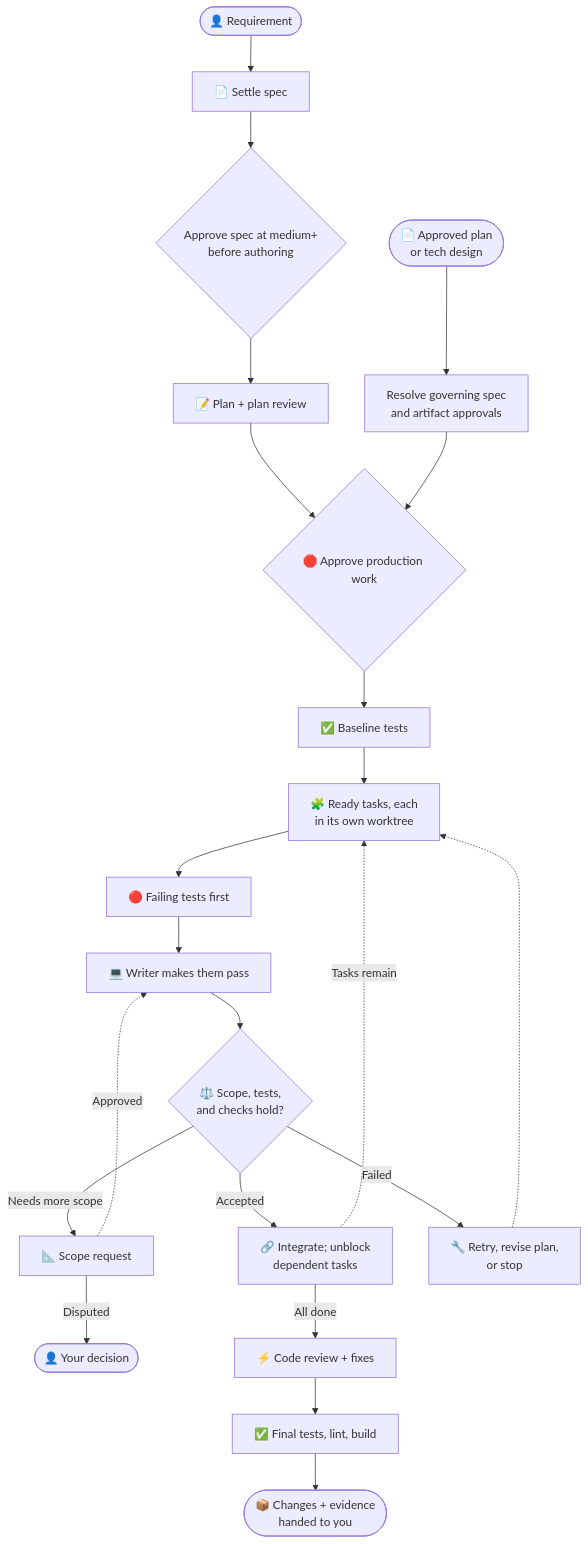
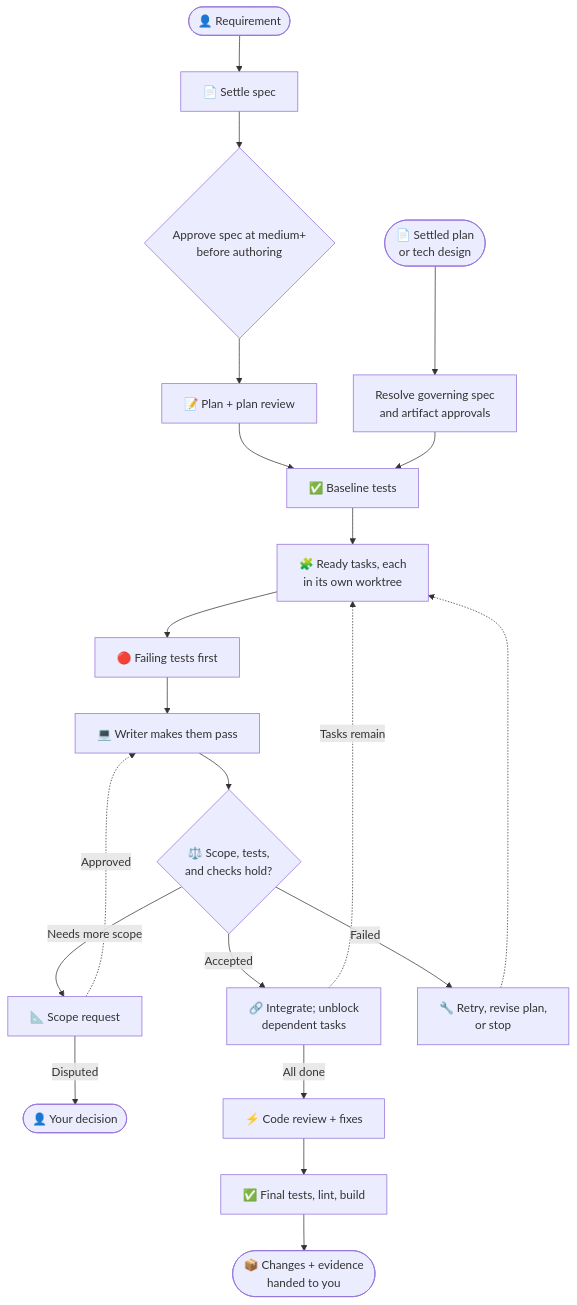
Before and after one commit to Gyunikuchan/dispatch-skills: the diagram in skills/dispatch/references/readme/implement.md, drawn with Mermaid. The commit also changed other lines of this file and 64 other files, not shown here.

````diff
--- a/skills/dispatch/references/readme/implement.md
+++ b/skills/dispatch/references/readme/implement.md
@@ -15,24 +15,23 @@
 ```mermaid
 flowchart TD
     User(["👤 Requirement"]) --> Spec["📄 Settle spec"]
     Spec --> SpecGate{"Approve spec at medium+<br/>before authoring"}
     SpecGate --> Plan["📝 Plan + plan review"]
-    Plan --> Gate{"🛑 Approve production work"}
-    Artifact(["📄 Approved plan<br/>or tech design"]) --> Resolve["Resolve governing spec<br/>and artifact approvals"]
-    Resolve --> Gate
-    Gate --> Baseline["✅ Baseline tests"]
+    Plan --> Baseline
+    Artifact(["📄 Settled plan<br/>or tech design"]) --> Resolve["Resolve governing spec<br/>and artifact approvals"]
+    Resolve --> Baseline["✅ Baseline tests"]
     Baseline --> Tasks["🧩 Ready tasks, each<br/>in its own worktree"]
     Tasks --> Red["🔴 Failing tests first"]
     Red --> Green["💻 Writer makes them pass"]
     Green --> Accept{"⚖️ Scope, tests,<br/>and checks hold?"}
     Accept -->|Accepted| Integrate["🔗 Integrate; unblock<br/>dependent tasks"]
     Accept -->|Needs more scope| Scope["📐 Scope request"]
     Accept -->|Failed| Recover["🔧 Retry, revise plan,<br/>or stop"]
     Scope -.->|Approved| Green
     Scope -->|Disputed| Ask(["👤 Your decision"])
     Recover -.-> Tasks
     Integrate -.->|Tasks remain| Tasks
     Integrate -->|All done| CodeReview["⚡ Code review + fixes"]
     CodeReview --> Final["✅ Final tests, lint, build"]
     Final --> Handoff(["📦 Changes + evidence<br/>handed to you"])
 ```
````
